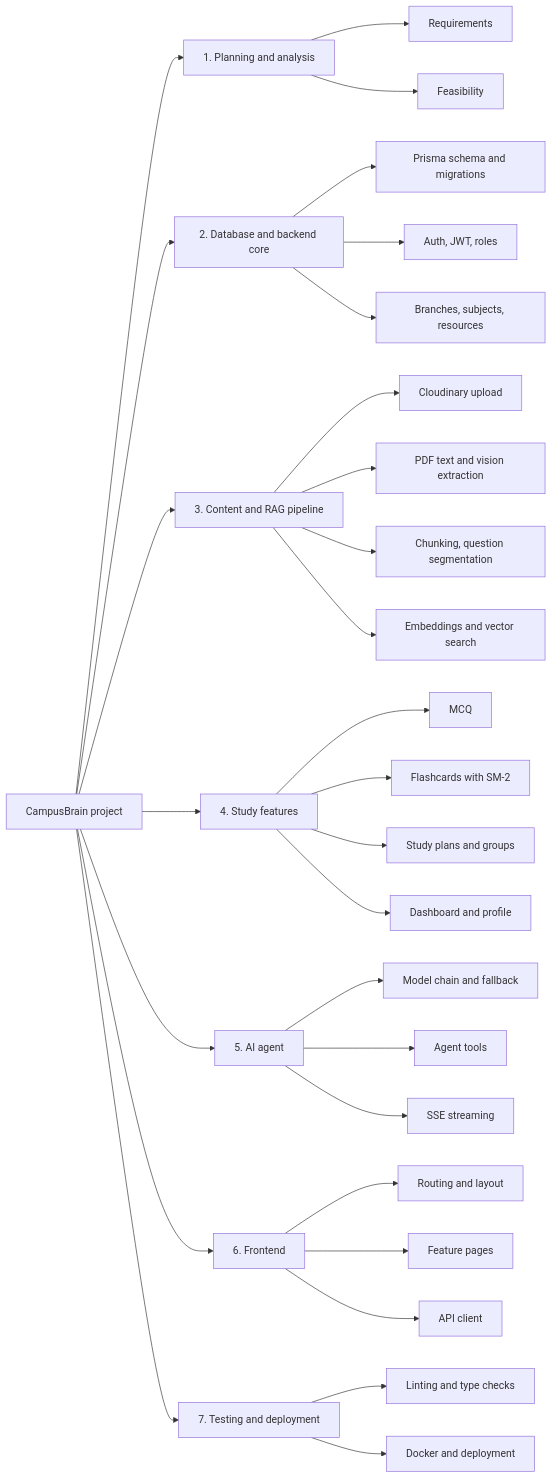
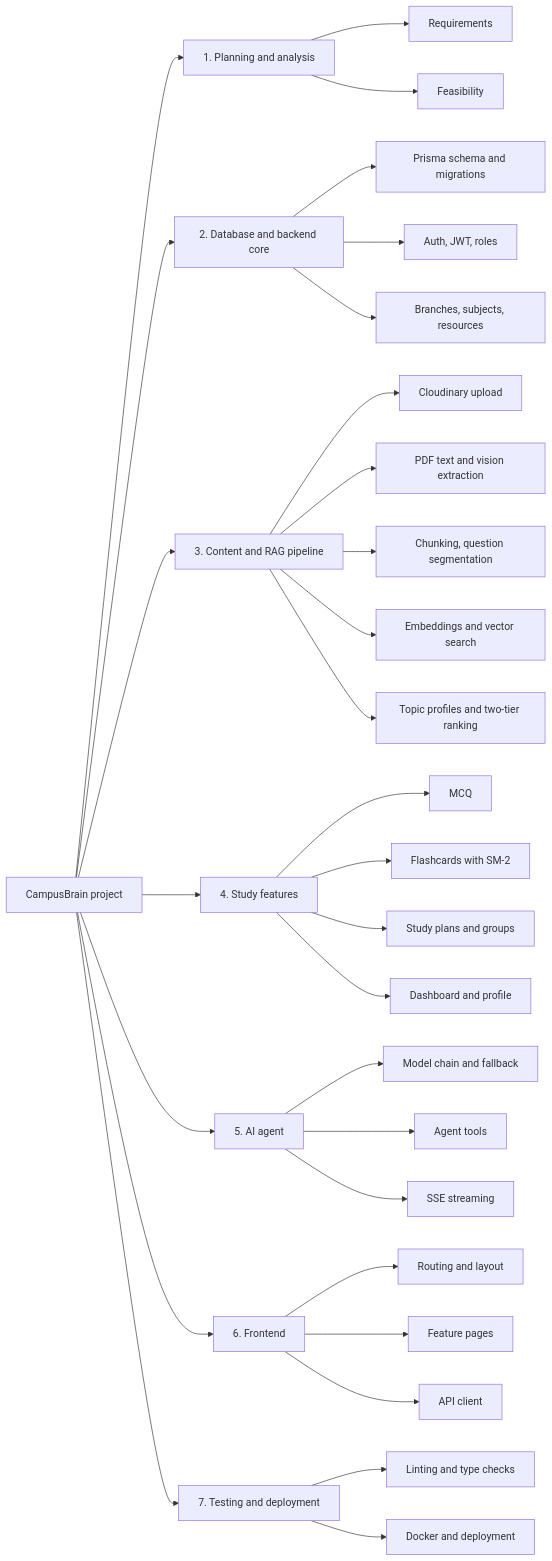
The fifth of 13 diagrams in README.md (nemida/CampusBrain), drawn with Mermaid before and after one commit. The commit also changed other lines of this file and 11 other files, not shown here.

````diff
--- a/README.md
+++ b/README.md
@@ -240,34 +247,35 @@
 ```mermaid
 flowchart LR
     W["CampusBrain project"]
 
     W --> A["1. Planning and analysis"]
     W --> B["2. Database and backend core"]
     W --> C["3. Content and RAG pipeline"]
     W --> D["4. Study features"]
     W --> E["5. AI agent"]
     W --> F["6. Frontend"]
     W --> G["7. Testing and deployment"]
 
     A --> A1["Requirements"]
     A --> A2["Feasibility"]
     B --> B1["Prisma schema and migrations"]
     B --> B2["Auth, JWT, roles"]
     B --> B3["Branches, subjects, resources"]
     C --> C1["Cloudinary upload"]
     C --> C2["PDF text and vision extraction"]
     C --> C3["Chunking, question segmentation"]
     C --> C4["Embeddings and vector search"]
+    C --> C5["Topic profiles and two-tier ranking"]
     D --> D1["MCQ"]
     D --> D2["Flashcards with SM-2"]
     D --> D3["Study plans and groups"]
     D --> D4["Dashboard and profile"]
     E --> E1["Model chain and fallback"]
     E --> E2["Agent tools"]
     E --> E3["SSE streaming"]
     F --> F1["Routing and layout"]
     F --> F2["Feature pages"]
     F --> F3["API client"]
     G --> G1["Linting and type checks"]
     G --> G2["Docker and deployment"]
 ```
````
